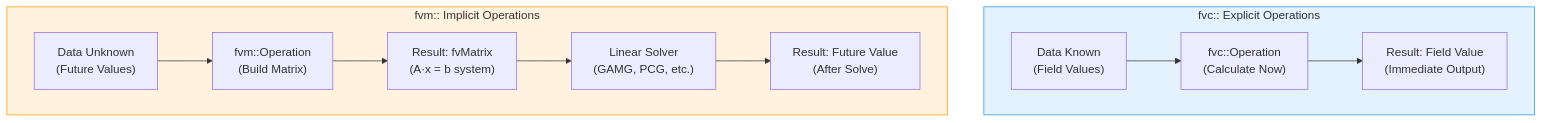
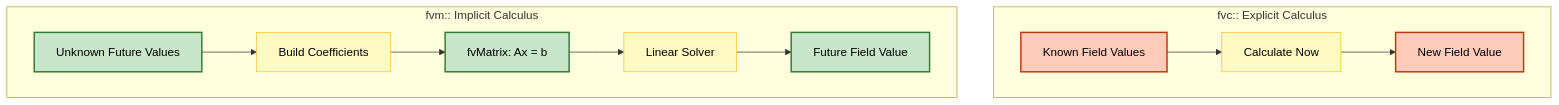
The first of 2 diagrams in MODULE_05_OPENFOAM_PROGRAMMING/CONTENT/10_VECTOR_CALCULUS/02_fvc_vs_fvm.md (wramet/build-my-cfd), drawn with Mermaid before and after one commit. The commit also changed other lines of this file and 313 other files, not shown here.

Commit message:
Revise all diagram

````diff
--- a/MODULE_05_OPENFOAM_PROGRAMMING/CONTENT/10_VECTOR_CALCULUS/02_fvc_vs_fvm.md
+++ b/MODULE_05_OPENFOAM_PROGRAMMING/CONTENT/10_VECTOR_CALCULUS/02_fvc_vs_fvm.md
@@ -15,17 +15,18 @@
 ```mermaid
 flowchart TD
-    subgraph fvc_Explicit["fvc:: Explicit Operations"]
-        D1["Data Known<br/>(Field Values)"] --> C["fvc::Operation<br/>(Calculate Now)"]
-        C --> R["Result: Field Value<br/>(Immediate Output)"]
+    classDef explicit fill:#ffccbc,stroke:#bf360c,stroke-width:2px,color:#000
+    classDef implicit fill:#c8e6c9,stroke:#2e7d32,stroke-width:2px,color:#000
+    classDef logic fill:#fff9c4,stroke:#fbc02d,color:#000
+    
+    subgraph FVC [fvc:: Explicit Calculus]
+        D1[Known Field Values]:::explicit --> Op1[Calculate Now]:::logic
+        Op1 --> R1[New Field Value]:::explicit
     end
-
-    subgraph fvm_Implicit["fvm:: Implicit Operations"]
-        D2["Data Unknown<br/>(Future Values)"] --> M["fvm::Operation<br/>(Build Matrix)"]
-        M --> Mat["Result: fvMatrix<br/>(A·x = b system)"]
-        Mat --> S["Linear Solver<br/>(GAMG, PCG, etc.)"]
-        S --> R2["Result: Future Value<br/>(After Solve)"]
+    
+    subgraph FVM [fvm:: Implicit Calculus]
+        D2[Unknown Future Values]:::implicit --> Op2[Build Coefficients]:::logic
+        Op2 --> Mat[fvMatrix: Ax = b]:::implicit
+        Mat --> Solve[Linear Solver]:::logic
+        Solve --> R2[Future Field Value]:::implicit
     end
-
-    style fvc_Explicit fill:#e3f2fd,stroke:#2196f3
-    style fvm_Implicit fill:#fff3e0,stroke:#ff9800
 ```
````
